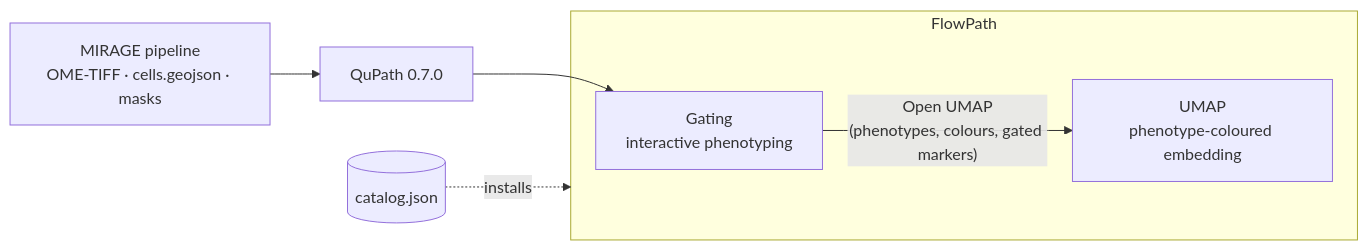
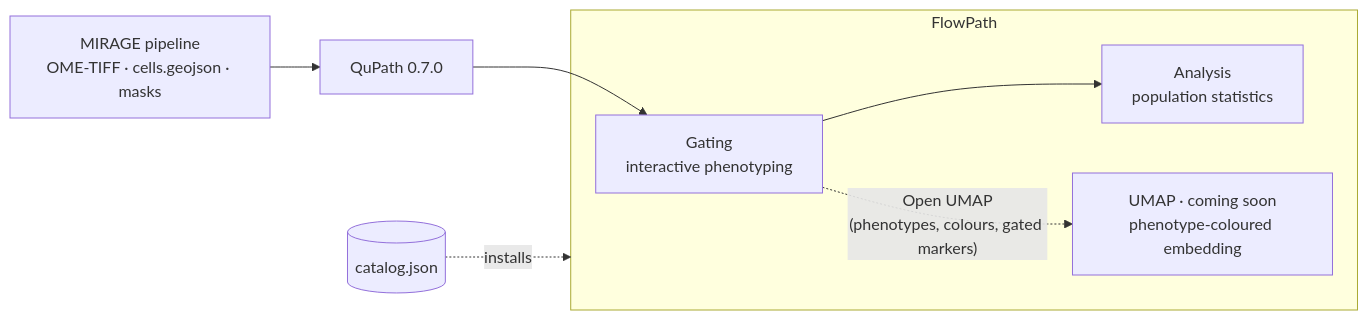
Before and after one commit to sceriff0/flowpath: the diagram in docs/index.md, drawn with Mermaid. The commit also changed other lines of this file and 33 other files, not shown here.

````diff
--- a/docs/index.md
+++ b/docs/index.md
@@ -48,11 +56,13 @@
 ```mermaid
 flowchart LR
     M[MIRAGE pipeline<br/>OME-TIFF · cells.geojson · masks] --> Q[QuPath 0.7.0]
     subgraph FP[FlowPath]
       GT[Gating<br/>interactive phenotyping]
-      UM[UMAP<br/>phenotype-coloured embedding]
-      GT -- "Open UMAP<br/>(phenotypes, colours, gated markers)" --> UM
+      AN[Analysis<br/>population statistics]
+      UM[UMAP · coming soon<br/>phenotype-coloured embedding]
+      GT --> AN
+      GT -.->|"Open UMAP<br/>(phenotypes, colours, gated markers)"| UM
     end
     Q --> GT
     CAT[(catalog.json)] -. installs .-> FP
 ```
````
